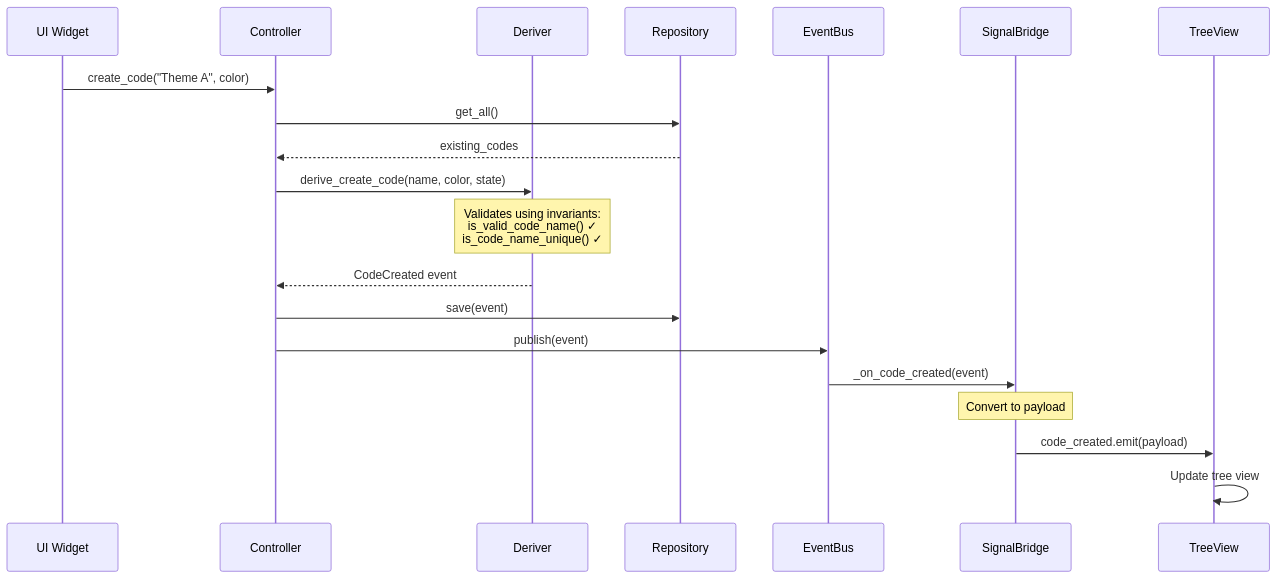
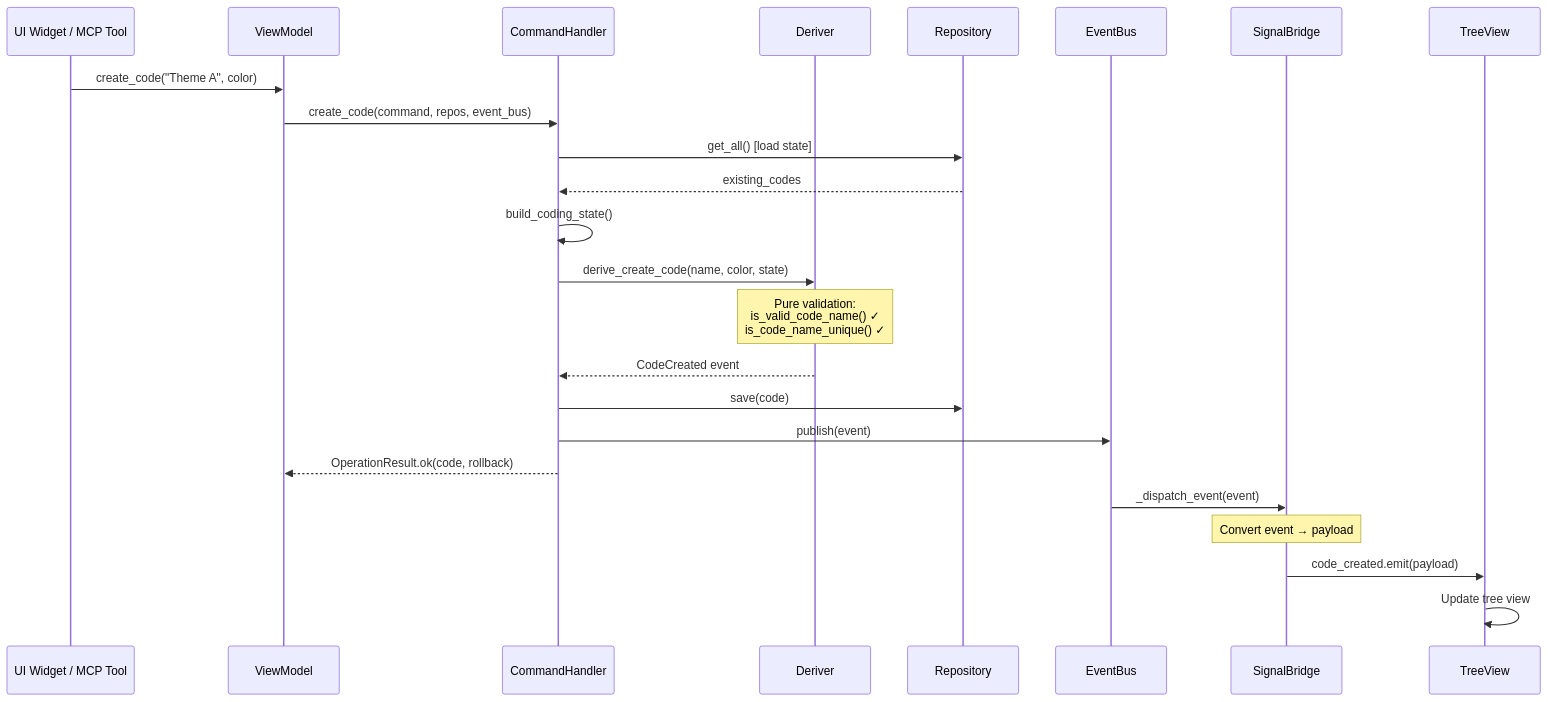
One commit to scope-impact/QualCoder-v2 changed the third of 3 diagrams in docs/tutorials/00-big-picture.md. Above: the diagram before and after it, drawn with Mermaid. The commit also changed other lines of this file and 9 other files, not shown here.

First line of the commit message:
docs(tutorials): align with vertical slice architecture

````diff
--- a/docs/tutorials/00-big-picture.md
+++ b/docs/tutorials/00-big-picture.md
@@ -211,27 +226,31 @@
 ```mermaid
 sequenceDiagram
-    participant UI as UI Widget
-    participant C as Controller
+    participant UI as UI Widget / MCP Tool
+    participant VM as ViewModel
+    participant CH as CommandHandler
     participant D as Deriver
     participant R as Repository
     participant EB as EventBus
     participant SB as SignalBridge
     participant TV as TreeView
 
-    UI->>C: create_code("Theme A", color)
-    C->>R: get_all()
-    R-->>C: existing_codes
-    C->>D: derive_create_code(name, color, state)
+    UI->>VM: create_code("Theme A", color)
+    VM->>CH: create_code(command, repos, event_bus)
+    CH->>R: get_all() [load state]
+    R-->>CH: existing_codes
+    CH->>CH: build_coding_state()
+    CH->>D: derive_create_code(name, color, state)
 
-    Note over D: Validates using invariants:<br/>is_valid_code_name() ✓<br/>is_code_name_unique() ✓
+    Note over D: Pure validation:<br/>is_valid_code_name() ✓<br/>is_code_name_unique() ✓
 
-    D-->>C: CodeCreated event
-    C->>R: save(event)
-    C->>EB: publish(event)
-    EB->>SB: _on_code_created(event)
+    D-->>CH: CodeCreated event
+    CH->>R: save(code)
+    CH->>EB: publish(event)
+    CH-->>VM: OperationResult.ok(code, rollback)
+    EB->>SB: _dispatch_event(event)
 
-    Note over SB: Convert to payload
+    Note over SB: Convert event → payload
 
     SB->>TV: code_created.emit(payload)
     TV->>TV: Update tree view
 ```
````
